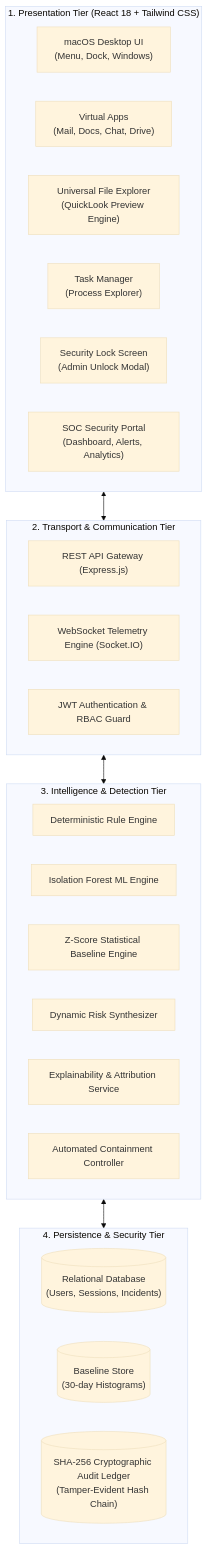
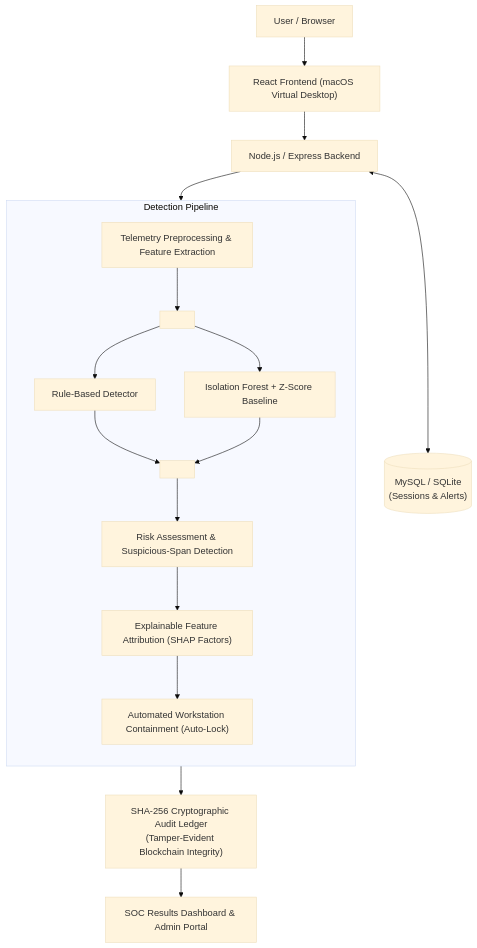
One commit to Prathik-001/MCA-major-projrct changed the fifth of 5 diagrams in docs/MAJOR_PROJECT_SRS.md. Above: the diagram before and after it, drawn with Mermaid (base theme). The commit also changed other lines of this file and 2 other files, not shown here.

Commit message:
docs: add formal System Architecture diagram and HTML renderer

````diff
--- a/docs/MAJOR_PROJECT_SRS.md
+++ b/docs/MAJOR_PROJECT_SRS.md
@@ -418,36 +416,26 @@
 ```mermaid
 flowchart TD
-    subgraph Presentation_Layer["1. Presentation Tier (React 18 + Tailwind CSS)"]
-        UI1["macOS Desktop UI<br/>(Menu, Dock, Windows)"]
-        UI2["Virtual Apps<br/>(Mail, Docs, Chat, Drive)"]
-        UI3["Universal File Explorer<br/>(QuickLook Preview Engine)"]
-        UI4["Task Manager<br/>(Process Explorer)"]
-        UI5["Security Lock Screen<br/>(Admin Unlock Modal)"]
-        UI6["SOC Security Portal<br/>(Dashboard, Alerts, Analytics)"]
+    User["User / Browser"] --> React["React Frontend (macOS Virtual Desktop)"]
+    React --> Node["Node.js / Express Backend"]
+    Node <--> DB[("MySQL / SQLite<br/>(Sessions & Alerts)")]
+
+    subgraph Pipeline["Detection Pipeline"]
+        direction TB
+        P1["Telemetry Preprocessing & Feature Extraction"]
+        P1 --> Split1[" "]
+        
+        Split1 --> Rule["Rule-Based Detector"]
+        Split1 --> ML["Isolation Forest + Z-Score Baseline"]
+        
+        Rule --> Merge1[" "]
+        ML --> Merge1
+        
+        Merge1 --> Risk["Risk Assessment & Suspicious-Span Detection"]
+        Risk --> XAI["Explainable Feature Attribution (SHAP Factors)"]
+        XAI --> Contain["Automated Workstation Containment (Auto-Lock)"]
     end
 
-    subgraph Communication_Layer["2. Transport & Communication Tier"]
-        T1["REST API Gateway (Express.js)"]
-        T2["WebSocket Telemetry Engine (Socket.IO)"]
-        T3["JWT Authentication & RBAC Guard"]
-    end
-
-    subgraph Analytical_Layer["3. Intelligence & Detection Tier"]
-        AL1["Deterministic Rule Engine"]
-        AL2["Isolation Forest ML Engine"]
-        AL3["Z-Score Statistical Baseline Engine"]
-        AL4["Dynamic Risk Synthesizer"]
-        AL5["Explainability & Attribution Service"]
-        AL6["Automated Containment Controller"]
-    end
-
-    subgraph Persistence_Layer["4. Persistence & Security Tier"]
-        DB1[("Relational Database<br/>(Users, Sessions, Incidents)")]
-        DB2[("Baseline Store<br/>(30-day Histograms)")]
-        DB3[("SHA-256 Cryptographic Audit Ledger<br/>(Tamper-Evident Hash Chain)")]
-    end
-
-    Presentation_Layer <--> Communication_Layer
-    Communication_Layer <--> Analytical_Layer
-    Analytical_Layer <--> Persistence_Layer
+    Node --> Pipeline
+    Pipeline --> Audit["SHA-256 Cryptographic Audit Ledger<br/>(Tamper-Evident Blockchain Integrity)"]
+    Audit --> Dashboard["SOC Results Dashboard & Admin Portal"]
 ```
````
